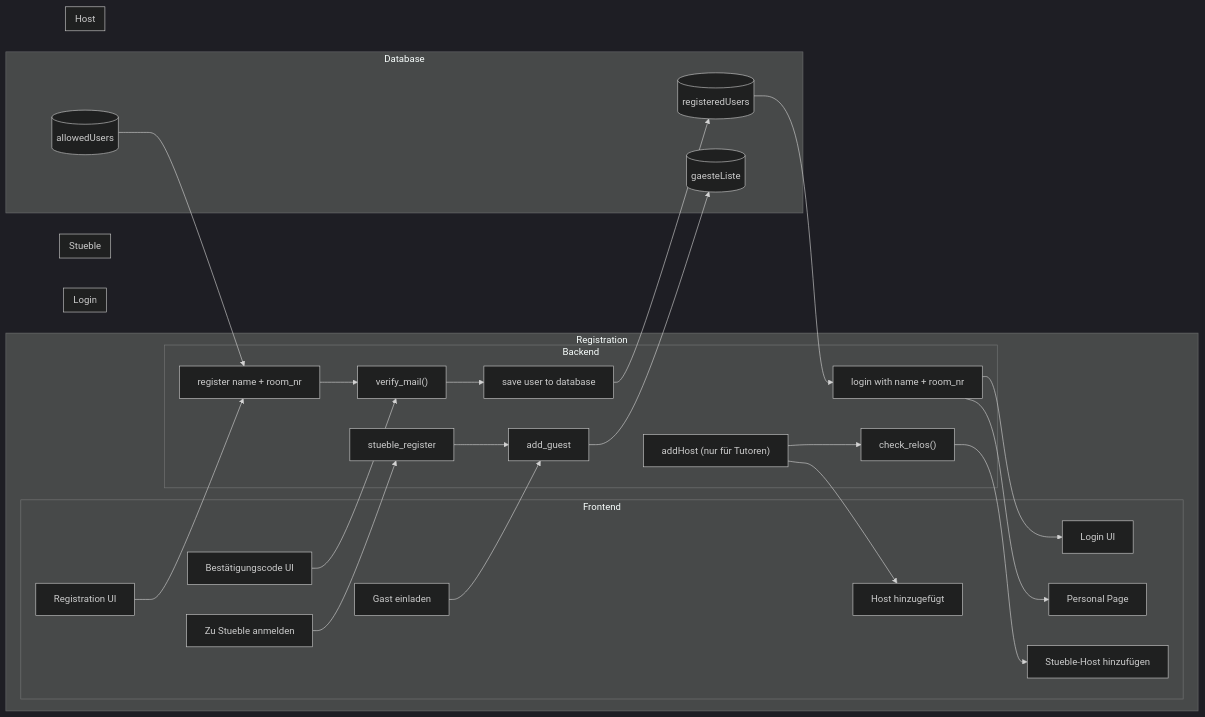
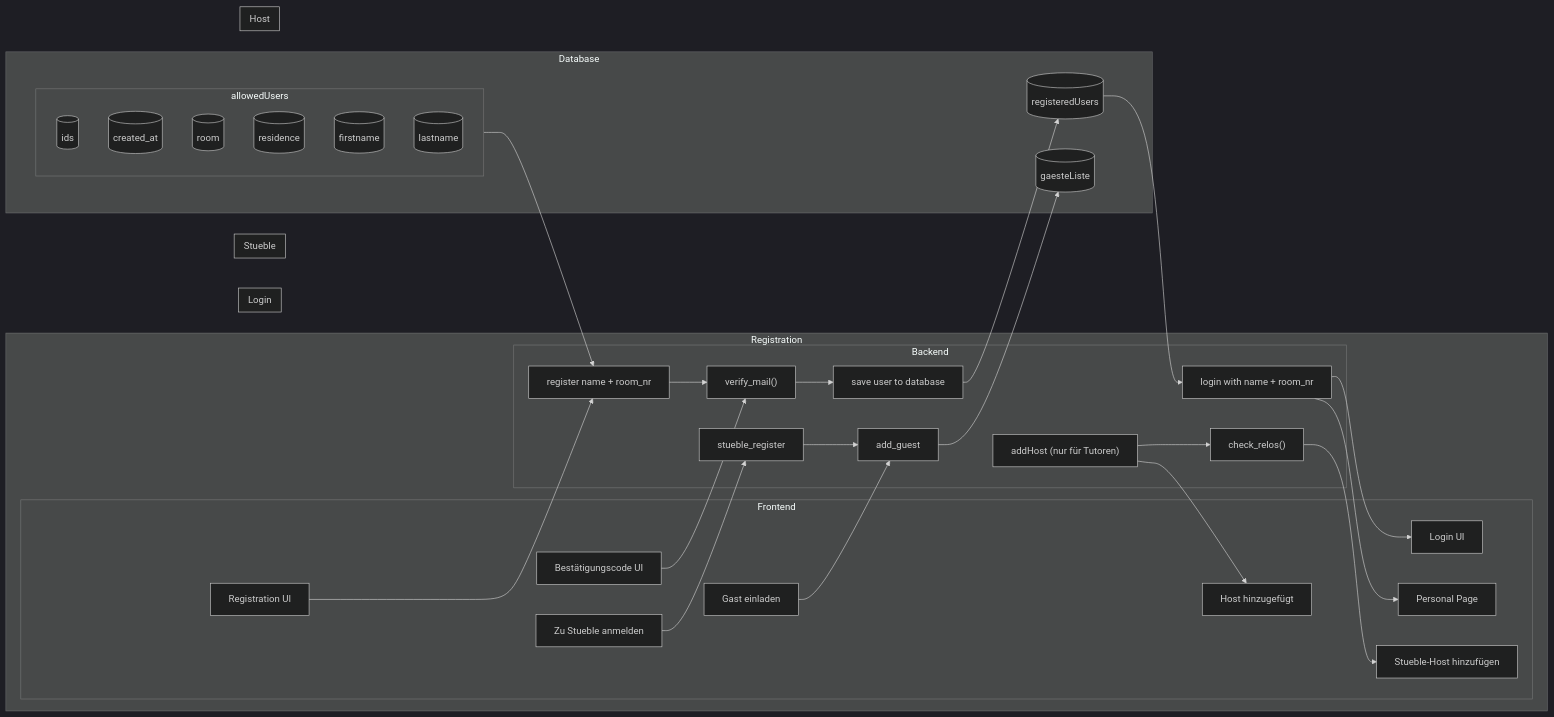
Before and after one commit to wohnheim/stueble: the diagram in documentation/backend/visualization.mmd, drawn with Mermaid (dark theme). The commit also changed 2 other files, not shown here.

```diff
--- a/documentation/backend/visualization.mmd
+++ b/documentation/backend/visualization.mmd
@@ -1,78 +1,85 @@
 flowchart LR
     %% Database
     subgraph DB[Database]
-        allowedUsers[(allowedUsers)]
+        subgraph allowedUsers
+            ids[(ids)]
+            created_at[(created_at)]
+            room[(room)]
+            residence[(residence)]
+            firstname[(firstname)]
+            lastname[(lastname)]
+        end
         registeredUsers[(registeredUsers)]
         gaesteListe[(gaesteListe)]
     end
 
     %% Registration
     subgraph Registration
         subgraph Backend
             reg["register name + room_nr"]
             verify["verify_mail()"]
             regsave["save user to database"]
         end
 
         subgraph Frontend
             regUI["Registration UI"]
             codeUI["Bestätigungscode UI"]
         end
     end
 
     %% Login
     subgraph Login
         subgraph Backend
             login["login with name + room_nr"]
         end
 
         subgraph Frontend
             loginUI["Login UI"]
             personalUI["Personal Page"]
         end
     end
 
     %% Stueble Anmeldung
     subgraph Stueble
         subgraph Backend
             stubReg["stueble_register"]
             addGuest["add_guest"]
         end
 
         subgraph Frontend
             stubUI["Zu Stueble anmelden"]
             inviteUI["Gast einladen"]
         end
     end
 
     %% Host hinzufügen
     subgraph Host
         subgraph Backend
             addHost["addHost (nur für Tutoren)"]
             checkPerms["check_relos()"]
         end
 
         subgraph Frontend
             addHostUI["Stueble-Host hinzufügen"]
             hostAddedUI["Host hinzugefügt"]
         end
     end
 
     %% Connections
     allowedUsers --> reg
     reg --> verify --> regsave
     regUI --> reg
     codeUI --> verify
     regsave --> registeredUsers
 
     registeredUsers --> login
     login --> loginUI
     login --> personalUI
 
     stubReg --> addGuest --> gaesteListe
     stubUI --> stubReg
     inviteUI --> addGuest
 
     addHost --> checkPerms
     addHost --> hostAddedUI
     checkPerms --> addHostUI
```
